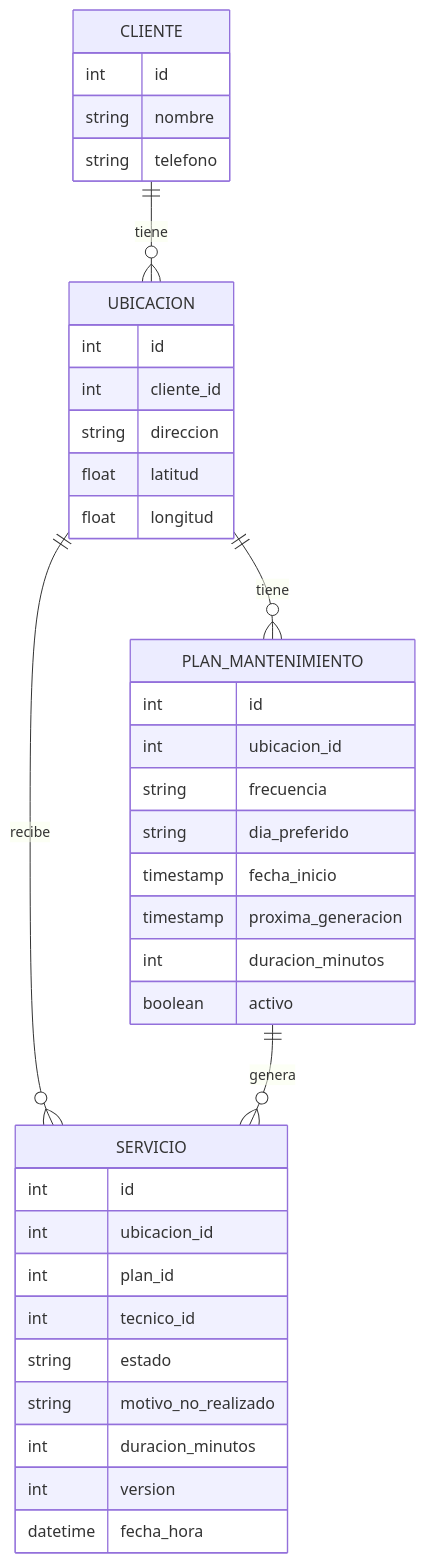
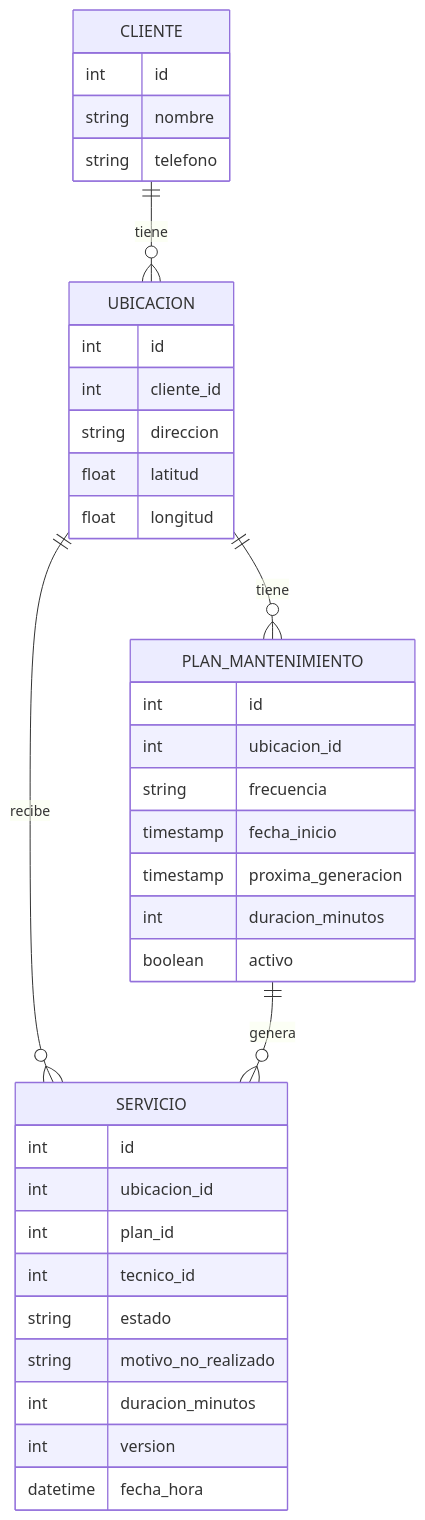
Before and after one commit to MaximilianoRao/EasyPool: the diagram in Trabajo Integrador Final.md, drawn with Mermaid. The commit also changed other lines of this file and 1 other file, not shown here.

Commit message:
Sacar dia preferido

````diff
--- a/Trabajo Integrador Final.md
+++ b/Trabajo Integrador Final.md
@@ -340,41 +340,40 @@
 ```mermaid
 erDiagram
     CLIENTE ||--o{ UBICACION : "tiene"
     UBICACION ||--o{ PLAN_MANTENIMIENTO : "tiene"
     UBICACION ||--o{ SERVICIO : "recibe"
     PLAN_MANTENIMIENTO ||--o{ SERVICIO : "genera"
 
     CLIENTE {
         int id
         string nombre
         string telefono
     }
     UBICACION {
         int id
         int cliente_id
         string direccion
         float latitud
         float longitud
     }
     PLAN_MANTENIMIENTO {
         int id
         int ubicacion_id
         string frecuencia
-        string dia_preferido
         timestamp fecha_inicio
         timestamp proxima_generacion
         int duracion_minutos
         boolean activo
     }
     SERVICIO {
         int id
         int ubicacion_id
         int plan_id
         int tecnico_id
         string estado
         string motivo_no_realizado
         int duracion_minutos
         int version
         datetime fecha_hora
     }
 ```
````
